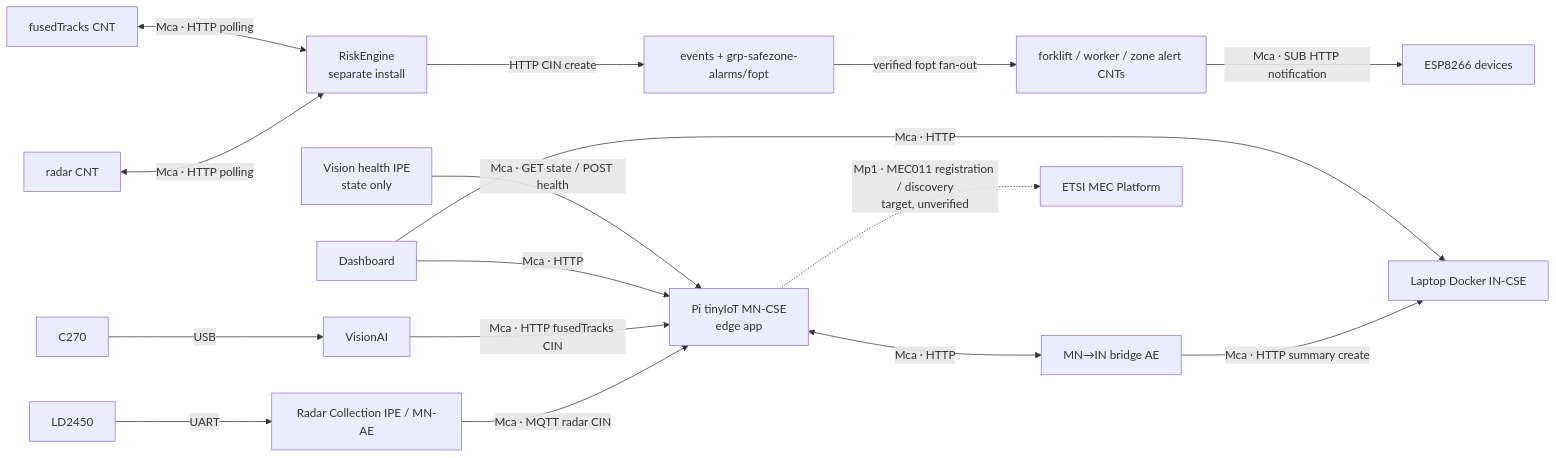
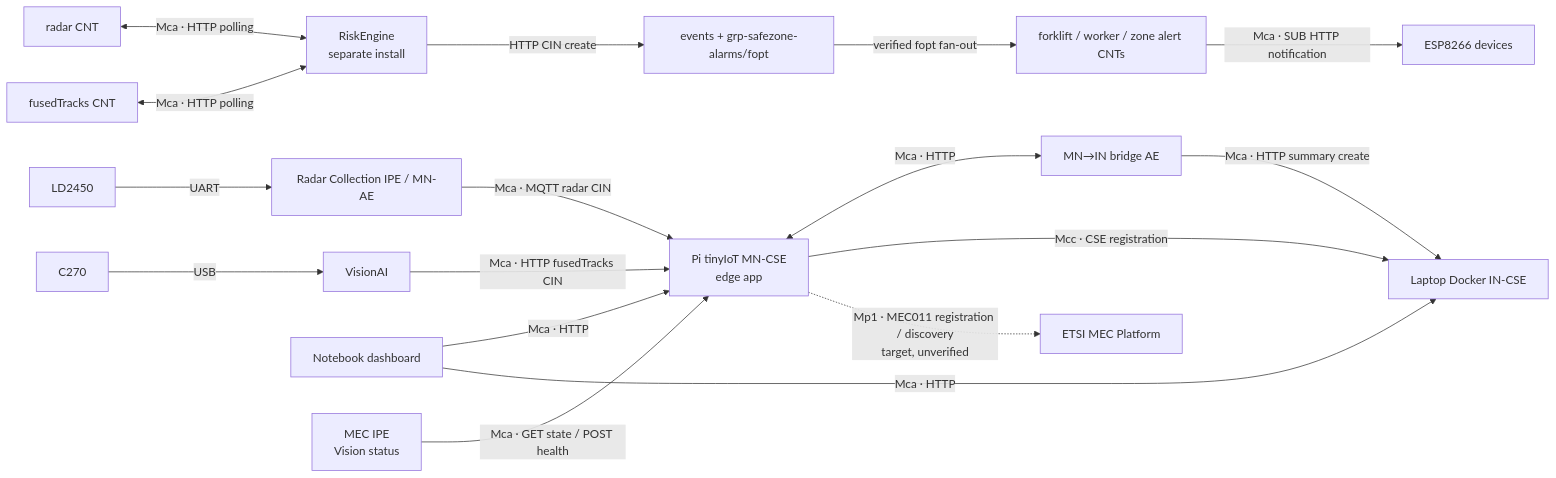
Before and after one commit to extra-7ex/Sejong_4IoT_OneM2M: the diagram in README.md, drawn with Mermaid. The commit also changed other lines of this file and 17 other files, not shown here.

````diff
--- a/README.md
+++ b/README.md
@@ -33,18 +33,19 @@
 ```mermaid
 flowchart LR
   LD["LD2450"] -->|"UART"| RIPE["Radar Collection IPE / MN-AE"]
   RIPE -->|"Mca · MQTT radar CIN"| MN["Pi tinyIoT MN-CSE<br/>edge app"]
   CAM["C270"] -->|"USB"| VIS["VisionAI"]
   VIS -->|"Mca · HTTP fusedTracks CIN"| MN
   RAD["radar CNT"] <-->|"Mca · HTTP polling"| RE["RiskEngine<br/>separate install"]
   FUSED["fusedTracks CNT"] <-->|"Mca · HTTP polling"| RE
   RE -->|"HTTP CIN create"| OUT["events + grp-safezone-alarms/fopt"]
   OUT -->|"verified fopt fan-out"| ALERTS["forklift / worker / zone alert CNTs"]
   ALERTS -->|"Mca · SUB HTTP notification"| ESP["ESP8266 devices"]
   MN <-->|"Mca · HTTP"| BR["MN→IN bridge AE"]
   BR -->|"Mca · HTTP summary create"| IN["Laptop Docker IN-CSE"]
-  DASH["Dashboard"] -->|"Mca · HTTP"| MN
+  DASH["Notebook dashboard"] -->|"Mca · HTTP"| MN
   DASH -->|"Mca · HTTP"| IN
-  IPE["Vision health IPE<br/>state only"] -->|"Mca · GET state / POST health"| MN
+  IPE["MEC IPE<br/>Vision status"] -->|"Mca · GET state / POST health"| MN
+  MN -->|"Mcc · CSE registration"| IN
   MN -.->|"Mp1 · MEC011 registration / discovery<br/>target, unverified"| MEC["ETSI MEC Platform"]
 ```
````
